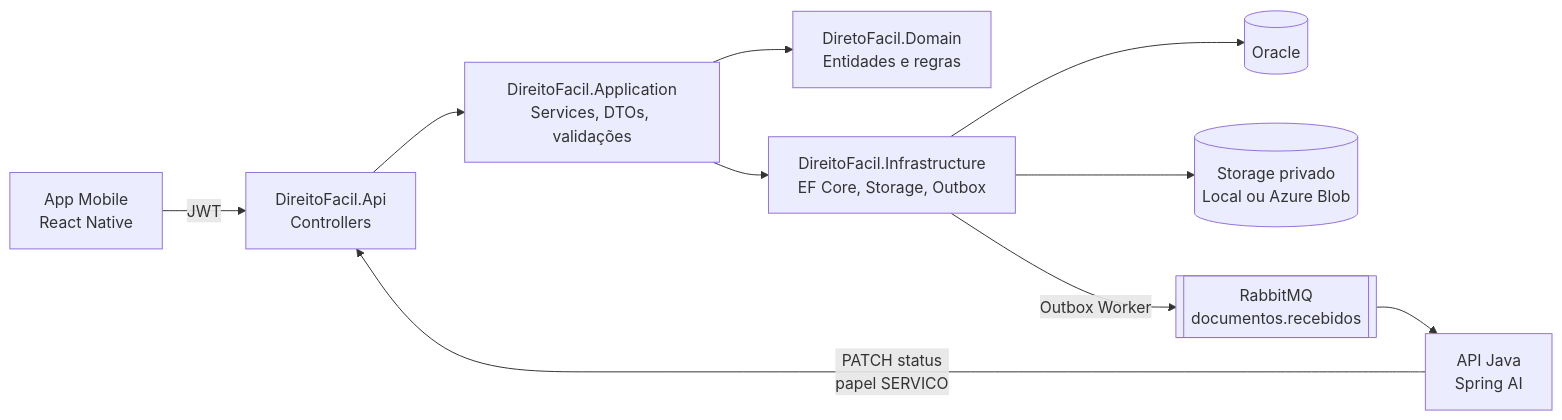
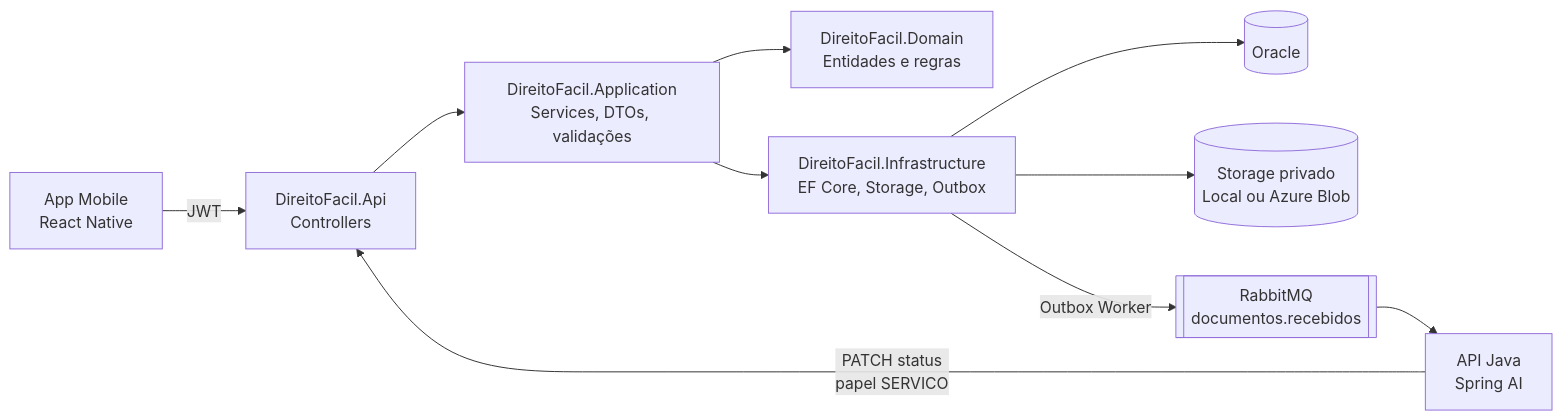
The diagram in README.md (Global-Solution-Direito-Facil/DiretoFacil), drawn with Mermaid before and after one commit. The commit also changed other lines of this file and 289 other files, not shown here.

Commit message:
Corrige namespace do projeto Domain para DireitoFacil.Domain

````diff
--- a/README.md
+++ b/README.md
@@ -38,12 +38,12 @@
 ```mermaid
 flowchart LR
     App[App Mobile<br/>React Native] -->|JWT| Api[DireitoFacil.Api<br/>Controllers]
     Api --> App2[DireitoFacil.Application<br/>Services, DTOs, validações]
-    App2 --> Dom[DiretoFacil.Domain<br/>Entidades e regras]
+    App2 --> Dom[DireitoFacil.Domain<br/>Entidades e regras]
     App2 --> Inf[DireitoFacil.Infrastructure<br/>EF Core, Storage, Outbox]
     Inf --> Ora[(Oracle)]
     Inf --> Blob[(Storage privado<br/>Local ou Azure Blob)]
     Inf -->|Outbox Worker| Mq[[RabbitMQ<br/>documentos.recebidos]]
     Mq --> Java[API Java<br/>Spring AI]
     Java -->|PATCH status<br/>papel SERVICO| Api
 ```
````
